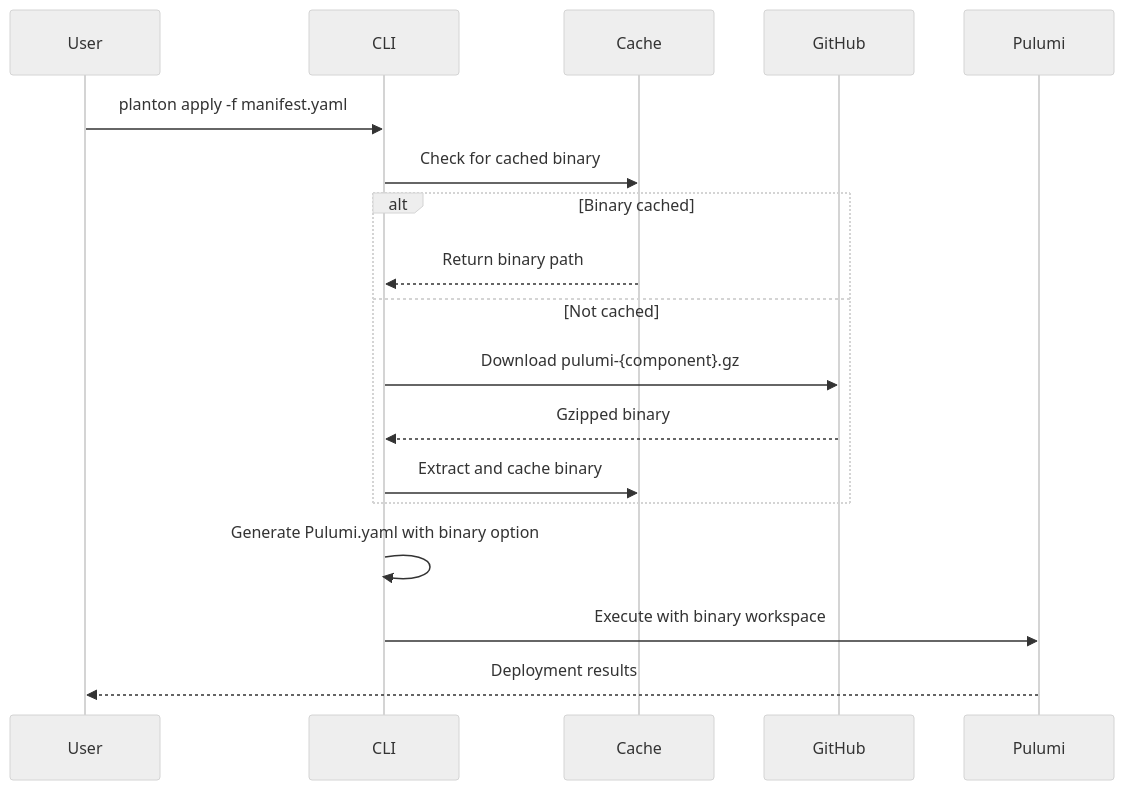
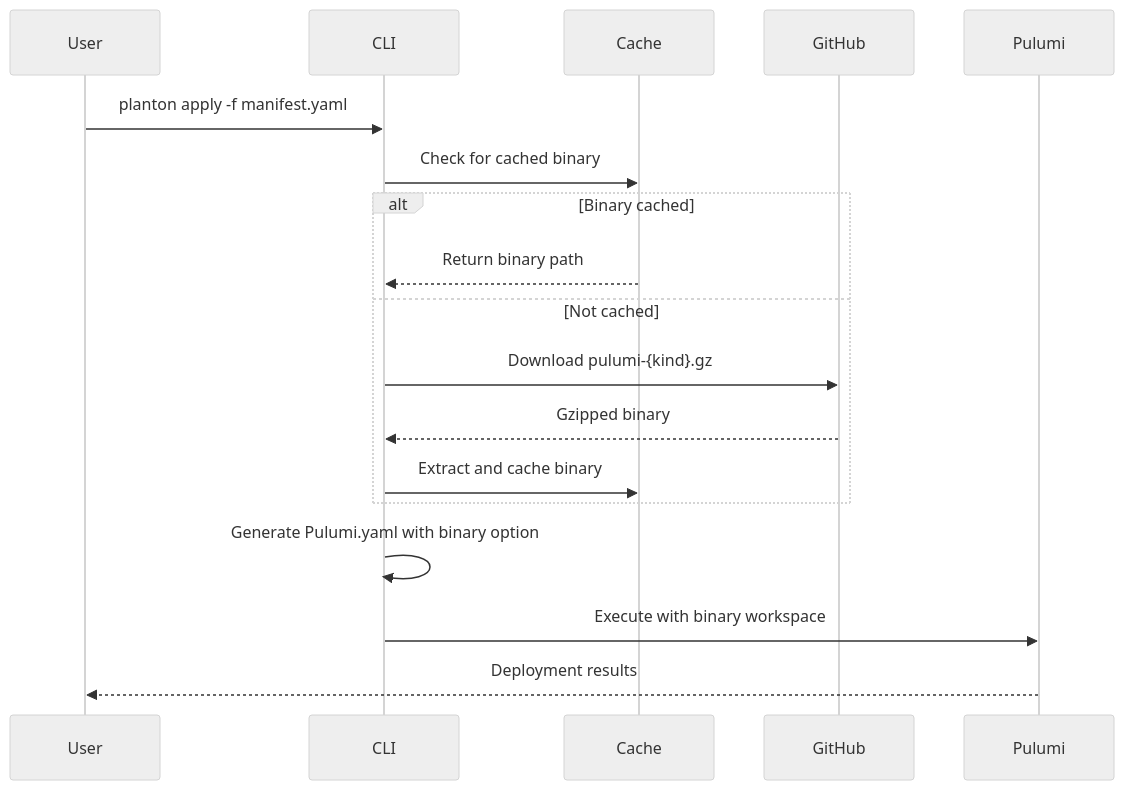
Before and after one commit to plantonhq/planton: the second of 2 diagrams in _changelog/2026-01/2026-01-08-052417-use-pulumi-binary-in-planton-cli.md, drawn with Mermaid (neutral theme). The commit also changed other lines of this file and 19058 other files, not shown here.

````diff
--- a/_changelog/2026-01/2026-01-08-052417-use-pulumi-binary-in-planton-cli.md
+++ b/_changelog/2026-01/2026-01-08-052417-use-pulumi-binary-in-planton-cli.md
@@ -117,21 +117,21 @@
 ```mermaid
 sequenceDiagram
     participant User
     participant CLI
     participant Cache
     participant GitHub
     participant Pulumi
 
     User->>CLI: planton apply -f manifest.yaml
     CLI->>Cache: Check for cached binary
     alt Binary cached
         Cache-->>CLI: Return binary path
     else Not cached
-        CLI->>GitHub: Download pulumi-{component}.gz
+        CLI->>GitHub: Download pulumi-{kind}.gz
         GitHub-->>CLI: Gzipped binary
         CLI->>Cache: Extract and cache binary
     end
     CLI->>CLI: Generate Pulumi.yaml with binary option
     CLI->>Pulumi: Execute with binary workspace
     Pulumi-->>User: Deployment results
 ```
````
